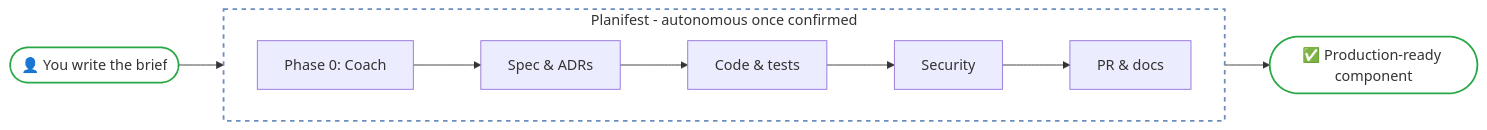
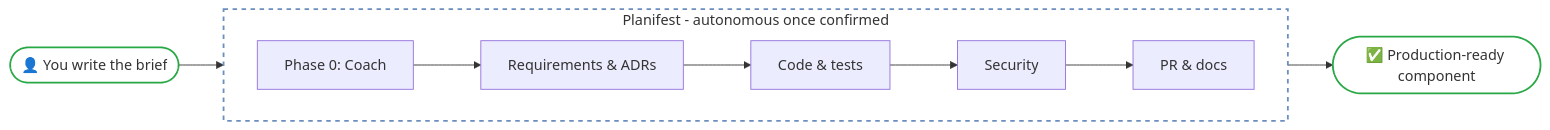
One commit to planifest/planifest-website changed the first of 2 diagrams in planifest-docs/p002-planifest-product-concept.md. Above: the diagram before and after it, drawn with Mermaid. The commit also changed other lines of this file and 8 other files, not shown here.

````diff
--- a/planifest-docs/p002-planifest-product-concept.md
+++ b/planifest-docs/p002-planifest-product-concept.md
@@ -41,17 +41,17 @@
 ```mermaid
 flowchart LR
     H(["👤 You write the brief"])
 
     H --> P0[Phase 0: Coach]
 
     subgraph S["Planifest - autonomous once confirmed"]
         direction LR
-        P0 --> A["Spec & ADRs"] --> B["Code & tests"] --> C["Security"] --> D["PR & docs"]
+        P0 --> A["Requirements & ADRs"] --> B["Code & tests"] --> C["Security"] --> D["PR & docs"]
     end
 
     D --> PR(["✅ Production-ready component"])
 
     style H fill:transparent,stroke:#28a745,stroke-width:2px
     style PR fill:transparent,stroke:#28a745,stroke-width:2px
     style S fill:transparent,stroke:#6c8ebf,stroke-width:2px,stroke-dasharray: 5 5
 ```
````
